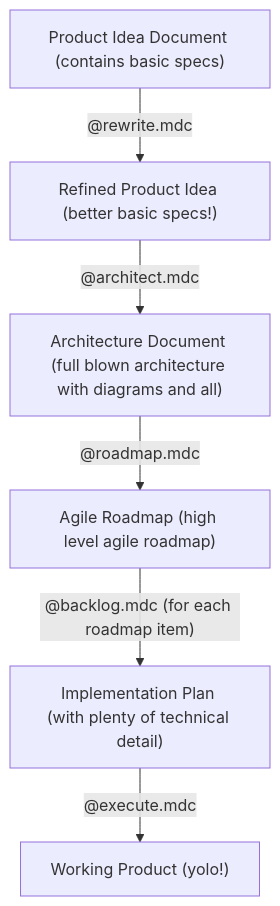
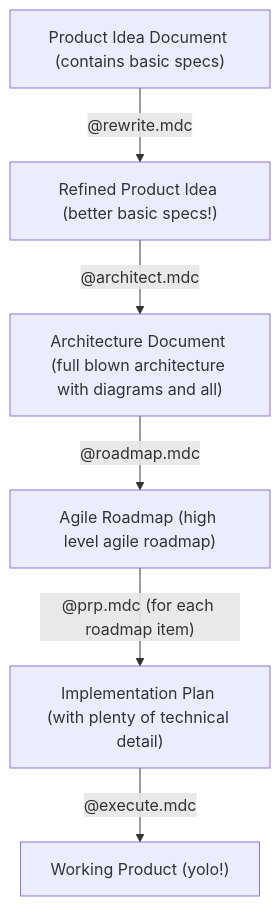
Before and after one commit to gertalot/cursor-rules: the diagram in README.md, drawn with Mermaid. The commit also changed other lines of this file and 16 other files, not shown here.

````diff
--- a/README.md
+++ b/README.md
@@ -48,8 +86,8 @@
 ```mermaid
 flowchart TD
     A["Product Idea Document (contains basic specs)"] -->|"@rewrite.mdc"| B["Refined Product Idea (better basic specs!)"]
     B -->|"@architect.mdc"| C["Architecture Document (full blown architecture with diagrams and all)"]
     C -->|"@roadmap.mdc"| D["Agile Roadmap (high level agile roadmap)"]
-    D -->|"@backlog.mdc (for each roadmap item)"| E["Implementation Plan (with plenty of technical detail)"]
+    D -->|"@prp.mdc (for each roadmap item)"| E["Implementation Plan (with plenty of technical detail)"]
     E -->|"@execute.mdc"| F["Working Product (yolo!)"]
 ```
````
